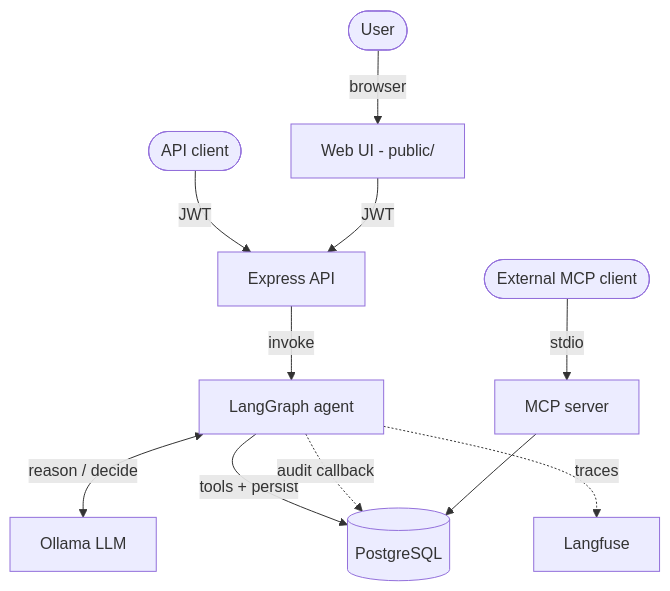
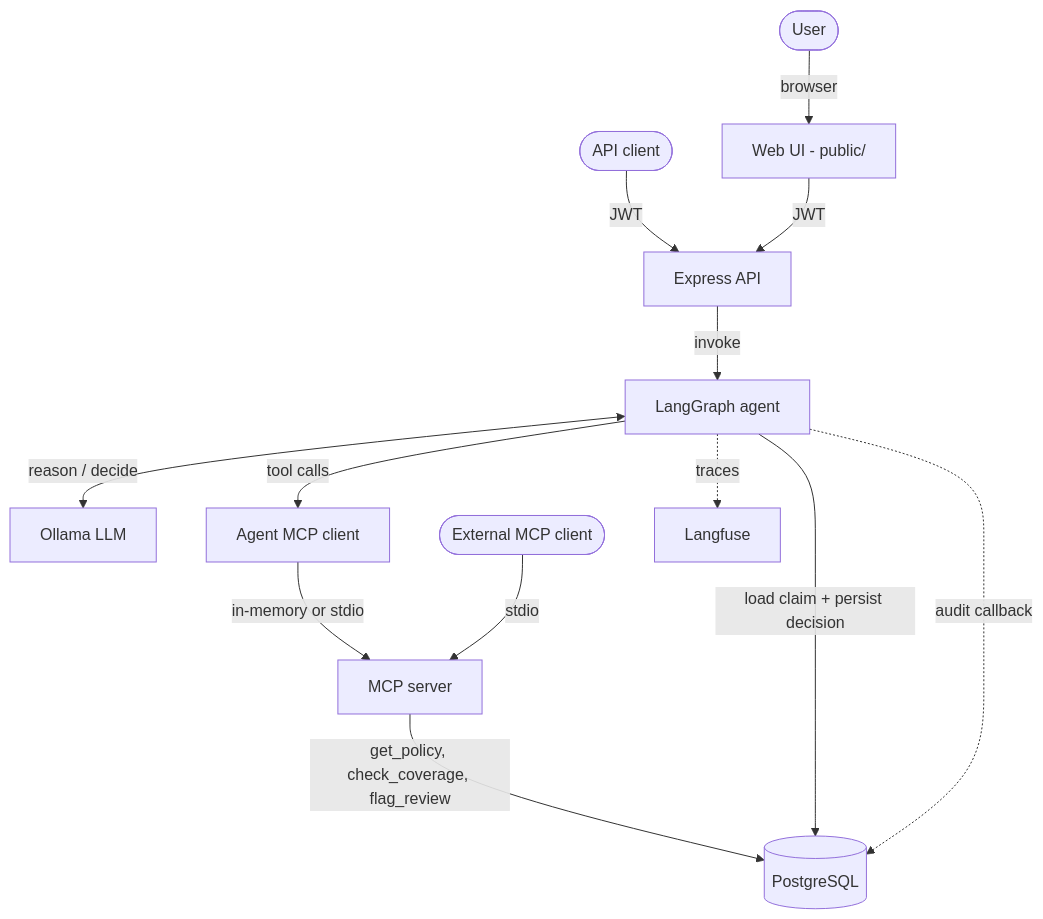
One commit to Arturrio112/AgenticInsuranceClaimOrchestrator changed the second of 2 diagrams in README.md. Above: the diagram before and after it, drawn with Mermaid. The commit also changed other lines of this file and 17 other files, not shown here.

First line of the commit message:
feat(agent): route the graph's tool calls through the MCP server (Ticket 11.2)

````diff
--- a/README.md
+++ b/README.md
@@ -44,13 +44,15 @@
 ```mermaid
 flowchart TD
     User([User]) -->|browser| UI[Web UI - public/]
     Client([API client]) -->|JWT| API
     UI -->|JWT| API[Express API]
     API -->|invoke| Graph[LangGraph agent]
     Graph <-->|reason / decide| LLM[Ollama LLM]
-    Graph -->|tools + persist| DB[(PostgreSQL)]
+    Graph -->|tool calls| AgentMCP[Agent MCP client]
+    AgentMCP -->|in-memory or stdio| MCP[MCP server]
+    MCPClient([External MCP client]) -->|stdio| MCP
+    MCP -->|get_policy, check_coverage, flag_review| DB[(PostgreSQL)]
+    Graph -->|load claim + persist decision| DB
     Graph -.->|audit callback| DB
     Graph -.->|traces| Langfuse[Langfuse]
-    MCPClient([External MCP client]) -->|stdio| MCP[MCP server]
-    MCP --> DB
 ```
````
